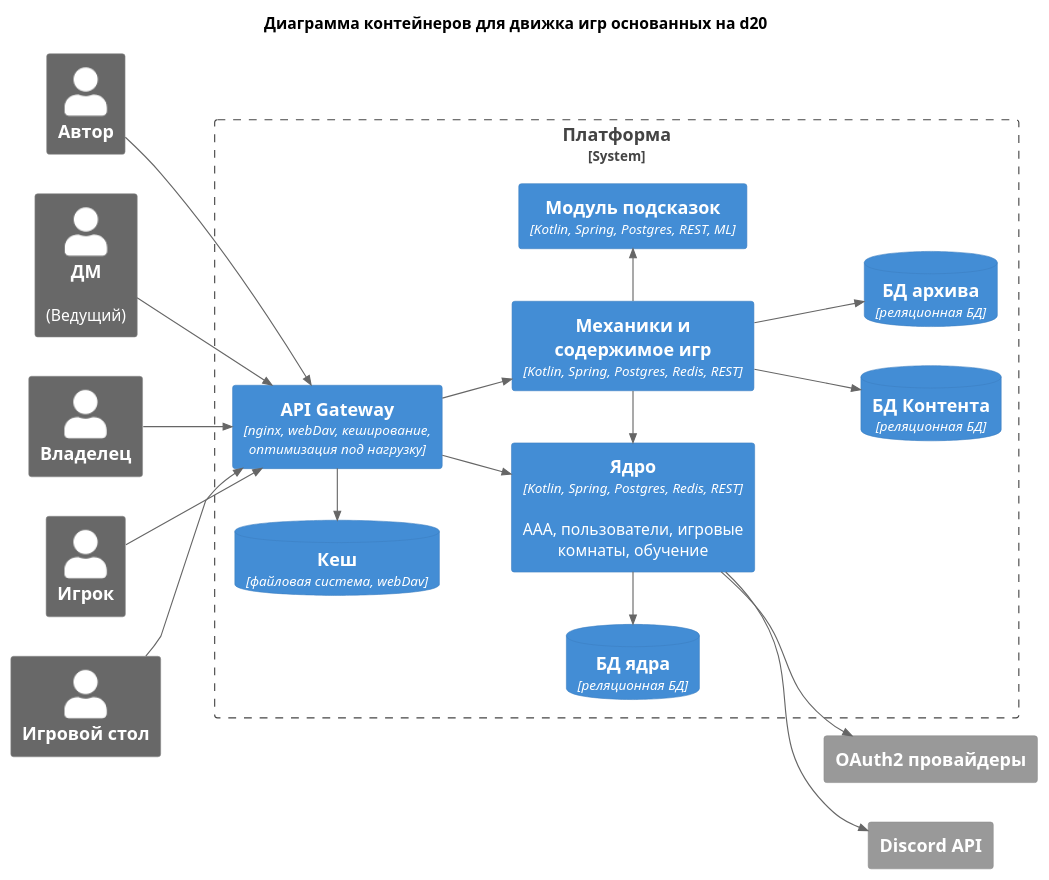
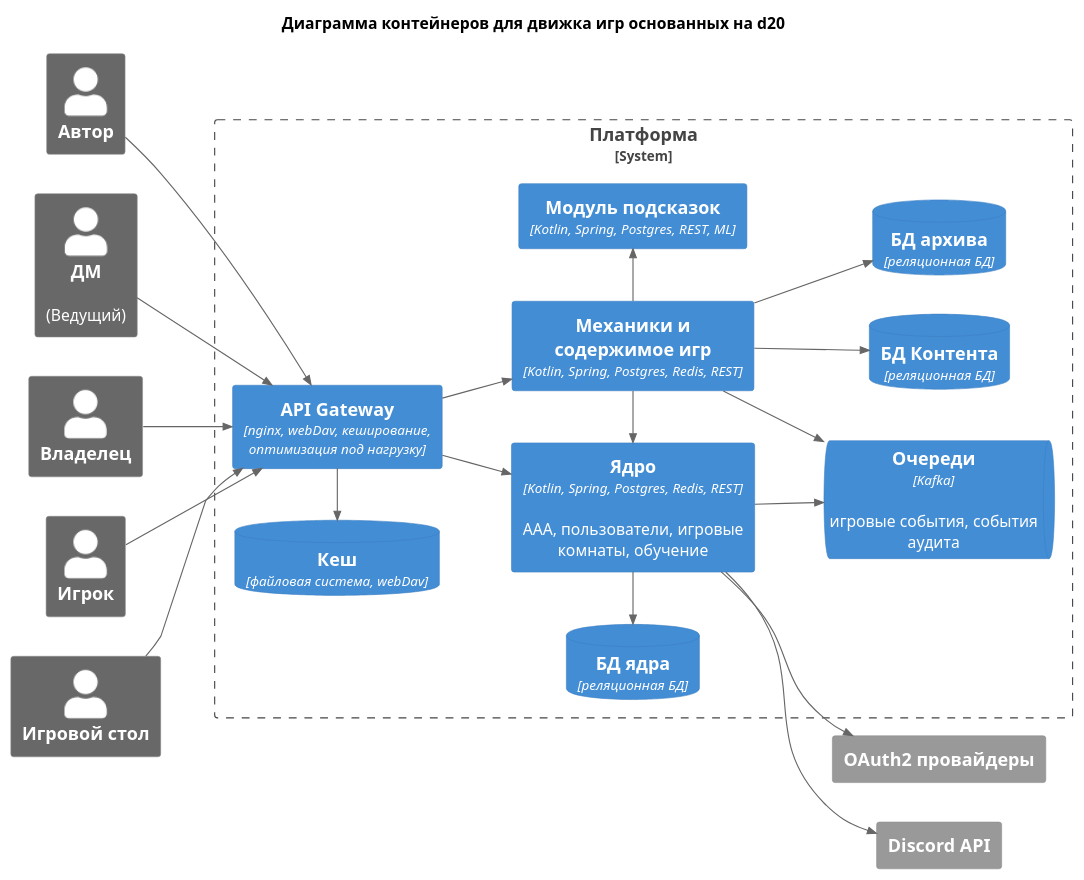
One commit to butakovmv/d20e_arch changed the diagram in chart/с4/C4container_1_v1.puml. Above: the diagram before and after it, drawn with PlantUML. The commit also changed 44 other files, not shown here.

Commit message:
Диаграммы последовательности

```diff
--- a/chart/с4/C4container_1_v1.puml
+++ b/chart/с4/C4container_1_v1.puml
@@ -1,45 +1,48 @@
 @startuml
 !include https://raw.githubusercontent.com/plantuml-stdlib/C4-PlantUML/master/C4_Container.puml
 
 title Диаграмма контейнеров для движка игр основанных на d20
 HIDE_STEREOTYPE()
 LAYOUT_LEFT_RIGHT()
 
 Person_Ext(cm, "Автор", "")
 Person_Ext(dm, "ДМ", "(Ведущий)")
 Person_Ext(owner, "Владелец", "")
 Person_Ext(player, "Игрок", "")
 Person_Ext(table, "Игровой стол", "")
 
 System_Boundary(d20platform, "Платформа") {
     Container(gateway, "API Gateway", "nginx, webDav, кеширование, оптимизация под нагрузку", "")
     ContainerDb(cache, "Кеш","файловая система, webDav", "")
     Container(rules, "Механики и содержимое игр", "Kotlin, Spring, Postgres, Redis, REST", "")
     ContainerDb(contentDB, "БД Контента", "реляционная БД", "")
     ContainerDb(archiveDB, "БД архива", "реляционная БД", "")
     Container(core, "Ядро", "Kotlin, Spring, Postgres, Redis, REST", "AAA, пользователи, игровые комнаты, обучение")
+    ContainerQueue(queue, "Очереди", "Kafka", "игровые события, события аудита")
     ContainerDb(coreDB, "БД ядра", "реляционная БД", "")
     Container(ml, "Модуль подсказок", "Kotlin, Spring, Postgres, REST, ML", "")
 }
 
 System_Ext(oauth, "OAuth2 провайдеры", "")
 System_Ext(discord, "Discord API", "")
 
 Rel_D(cm, gateway, "")
 Rel_D(dm, gateway, "")
 Rel_D(owner, gateway, "")
 Rel_D(player, gateway, "")
 Rel_D(table, gateway, "")
 
 Rel_L(core, coreDB, "")
+Rel_D(core, queue, "")
+Rel_D(rules, queue, "")
 Rel_L(gateway, cache, "")
 Rel(gateway, core, "")
 Rel(gateway, rules, "")
 Rel_D(rules, archiveDB, "")
 Rel_D(rules, contentDB, "")
 Rel_R(rules, ml, "")
 Rel_R(rules, core, "")
 
 Rel(core, oauth, "")
 Rel(core, discord, "")
 @enduml
```
